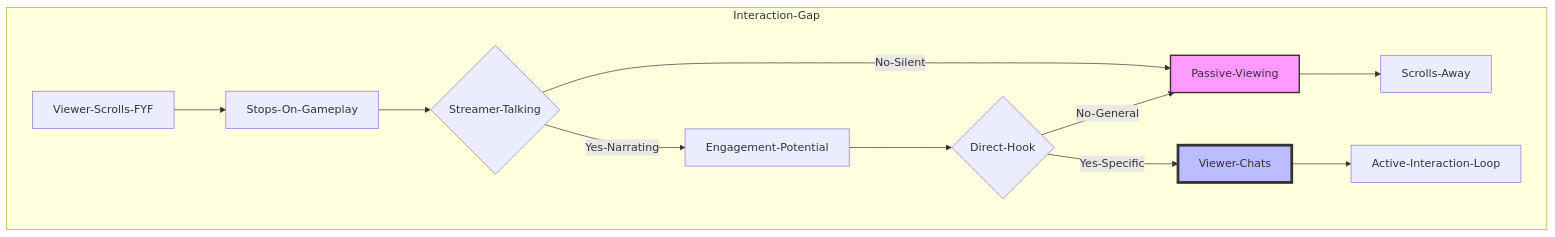
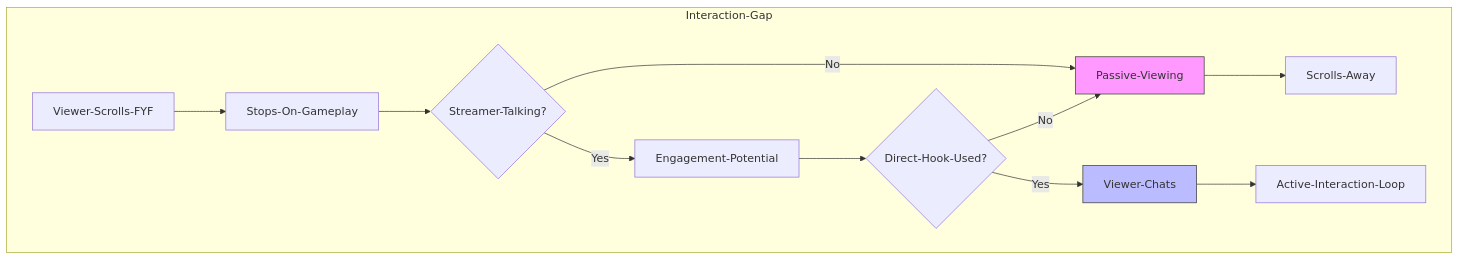
One commit to littl3-boat/ttwise changed the diagram in data/blog/tiktok-live-gaming-dead-chat-fix-2026.mdx. Above: the diagram before and after it, drawn with Mermaid. The commit also changed 35 other files, not shown here.

First line of the commit message:
feat: fix Mermaid diagram syntax across blog posts and add new Reddit-sourced blog entries

````diff
--- a/data/blog/tiktok-live-gaming-dead-chat-fix-2026.mdx
+++ b/data/blog/tiktok-live-gaming-dead-chat-fix-2026.mdx
@@ -26,21 +26,21 @@
 ```mermaid
 flowchart TD
     subgraph Interaction-Gap
         A[Viewer-Scrolls-FYF] --> B[Stops-On-Gameplay]
-        B --> C{Streamer-Talking}
+        B --> C{Streamer-Talking?}
         
-        C -- No-Silent --> D[Passive-Viewing]
-        C -- Yes-Narrating --> E[Engagement-Potential]
+        C -- No --> D[Passive-Viewing]
+        C -- Yes --> E[Engagement-Potential]
         
         D --> F[Scrolls-Away]
         
-        E --> G{Direct-Hook}
-        G -- No-General --> D
-        G -- Yes-Specific --> H[Viewer-Chats]
+        E --> G{Direct-Hook-Used?}
+        G -- No --> D
+        G -- Yes --> H[Viewer-Chats]
         
         H --> I[Active-Interaction-Loop]
     end
     
-    style D fill:#f9f,stroke:#333,stroke-width:2px
-    style H fill:#bbf,stroke:#333,stroke-width:4px
+    style D fill:#f9f,stroke:#333
+    style H fill:#bbf,stroke:#333
 ```
````
